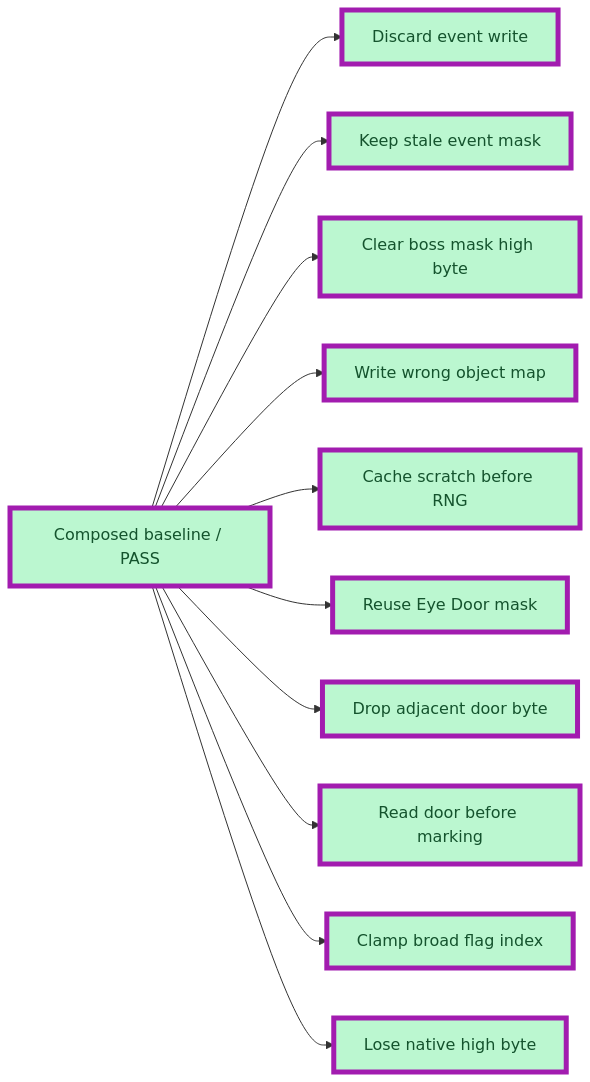
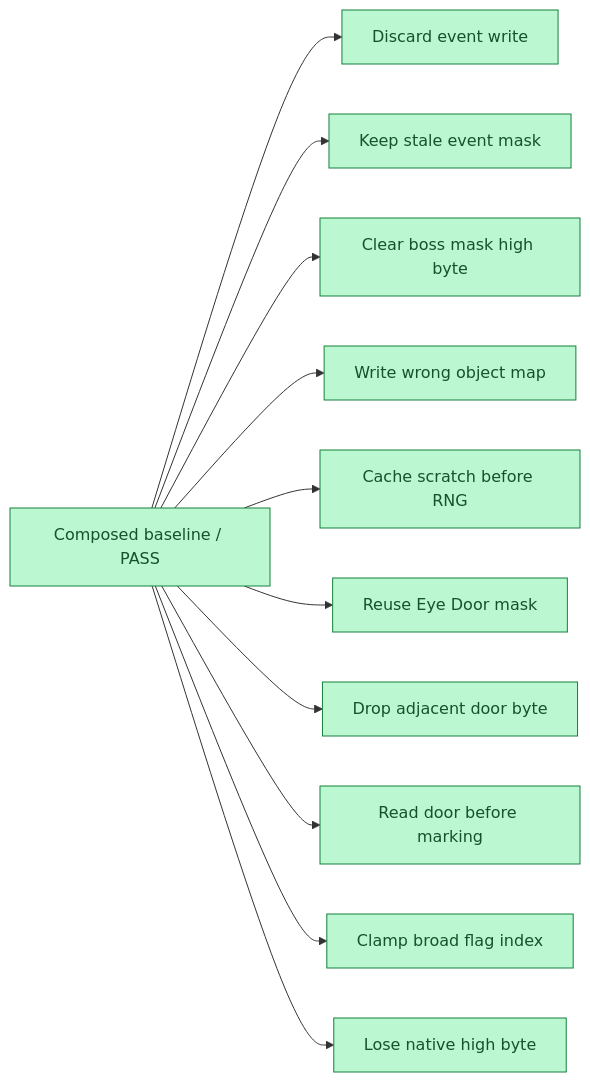
One commit to JimLundin/sm-decomp changed the fourth of 20 diagrams in PROGRESS.md. Above: the diagram before and after it, drawn with Mermaid. The commit also changed other lines of this file and 1 other file, not shown here.

````diff
--- a/PROGRESS.md
+++ b/PROGRESS.md
@@ -92,18 +102,17 @@
 ```mermaid
 flowchart LR
     FB["Composed baseline / PASS"]:::done --> FEVENT["Discard event write"]:::done
     FB --> FHI["Keep stale event mask"]:::done
     FB --> FBOSS["Clear boss mask high byte"]:::done
     FB --> FMAP["Write wrong object map"]:::done
     FB --> FRNG["Cache scratch before RNG"]:::done
     FB --> FEYE["Reuse Eye Door mask"]:::done
     FB --> FADJ["Drop adjacent door byte"]:::done
     FB --> FPRE["Read door before marking"]:::done
     FB --> FCLAMP["Clamp broad flag index"]:::done
     FB --> FNATIVE["Lose native high byte"]:::done
-    class FB,FEVENT,FHI,FBOSS,FMAP,FRNG,FEYE,FADJ,FPRE,FCLAMP,FNATIVE changed
     classDef active fill:#fed7aa,stroke:#ea580c,color:#7c2d12
     classDef pending fill:#f1f5f9,stroke:#94a3b8,color:#475569,stroke-dasharray:5 5
     classDef changed stroke:#a21caf,stroke-width:5px
     classDef done fill:#bbf7d0,stroke:#15803d,color:#14532d
 ```
````
